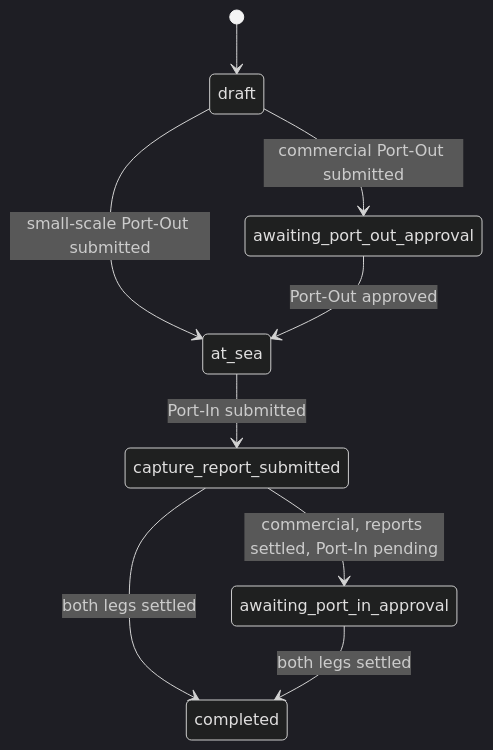
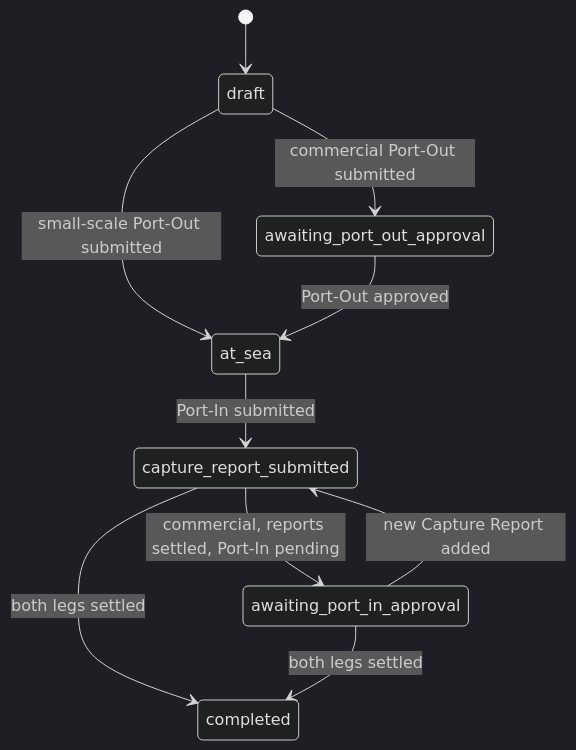
The fourth of 4 diagrams in docs/manifests/lifecycle-status.md (arya020595/st_dofi_backend), drawn with Mermaid (dark theme) before and after one commit. The commit also changed other lines of this file and 39 other files, not shown here.

````diff
--- a/docs/manifests/lifecycle-status.md
+++ b/docs/manifests/lifecycle-status.md
@@ -96,11 +96,12 @@
 ```mermaid
 stateDiagram-v2
     [*] --> draft
     draft --> awaiting_port_out_approval: commercial Port-Out submitted
     draft --> at_sea: small-scale Port-Out submitted
     awaiting_port_out_approval --> at_sea: Port-Out approved
     at_sea --> capture_report_submitted: Port-In submitted
     capture_report_submitted --> awaiting_port_in_approval: commercial, reports settled, Port-In pending
     capture_report_submitted --> completed: both legs settled
+    awaiting_port_in_approval --> capture_report_submitted: new Capture Report added
     awaiting_port_in_approval --> completed: both legs settled
 ```
````
